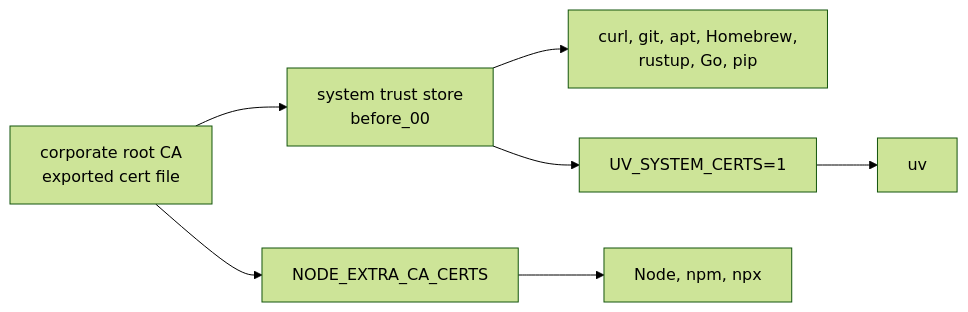
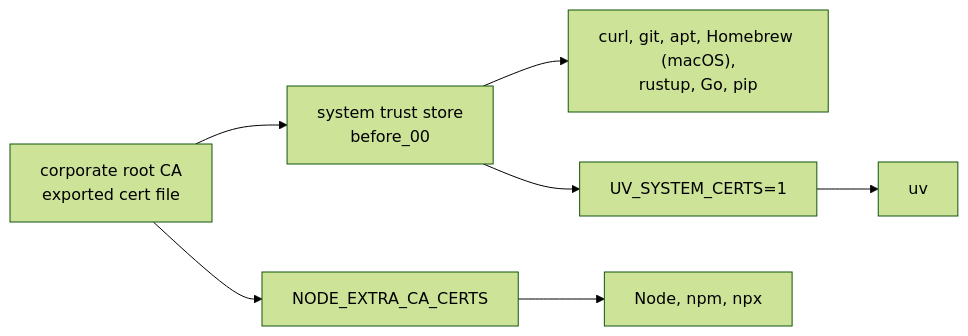
The ninth of 11 diagrams in ARCHITECTURE.md (jvspeed74/dotfiles), drawn with Mermaid (forest theme) before and after one commit. The commit also changed other lines of this file and 21 other files, not shown here.

First line of the commit message:
Linux without Homebrew: pinned GitHub releases, apt and PyPI; restricted corporate CI (#20)

````diff
--- a/ARCHITECTURE.md
+++ b/ARCHITECTURE.md
@@ -302,9 +327,9 @@
 ```mermaid
 flowchart LR
     CA["corporate root CA<br/>exported cert file"] --> S["system trust store<br/>before_00"]
-    S --> T1["curl, git, apt, Homebrew,<br/>rustup, Go, pip"]
+    S --> T1["curl, git, apt, Homebrew (macOS),<br/>rustup, Go, pip"]
     CA --> N["NODE_EXTRA_CA_CERTS"]
     N --> T2["Node, npm, npx"]
     S --> U["UV_SYSTEM_CERTS=1"]
     U --> T3["uv"]
 ```
````
